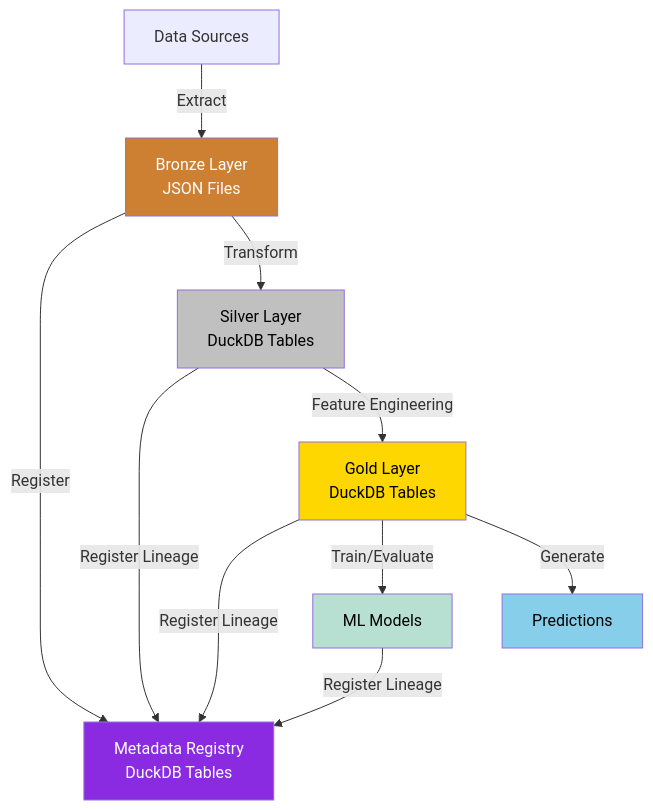
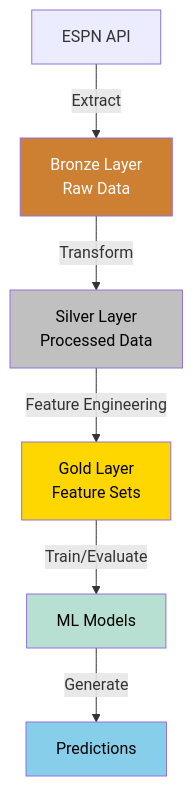
The diagram in docs/architecture/index.md (tim-mcdonnell/ncaa-prediction-model), drawn with Mermaid before and after one commit. The commit also changed other lines of this file and 22 other files, not shown here.

````diff
--- a/docs/architecture/index.md
+++ b/docs/architecture/index.md
@@ -21,19 +19,14 @@
 ```mermaid
 graph TD
-    DS[Data Sources] -->|Extract| B[Bronze Layer<br>JSON Files]
-    B -->|Register| M[Metadata Registry<br>DuckDB Tables]
-    B -->|Transform| S[Silver Layer<br>DuckDB Tables]
-    S -->|Register Lineage| M
-    S -->|Feature Engineering| G[Gold Layer<br>DuckDB Tables]
-    G -->|Register Lineage| M
+    DS[ESPN API] -->|Extract| B[Bronze Layer<br>Raw Data]
+    B -->|Transform| S[Silver Layer<br>Processed Data]
+    S -->|Feature Engineering| G[Gold Layer<br>Feature Sets]
     G -->|Train/Evaluate| ML[ML Models]
-    ML -->|Register Lineage| M
-    G -->|Generate| P[Predictions]
+    ML -->|Generate| P[Predictions]
 
     style B fill:#cd7f32,color:white
-    style M fill:#8a2be2,color:white
     style S fill:#c0c0c0,color:black
     style G fill:#ffd700,color:black
     style ML fill:#b8e0d2,color:black
     style P fill:#87ceeb,color:black
 ```
````
